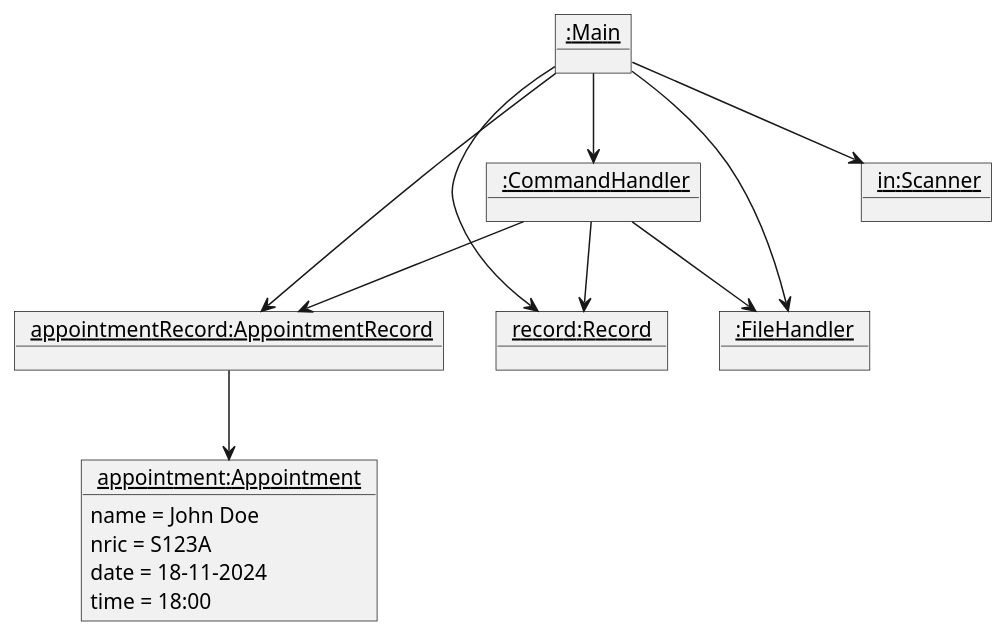
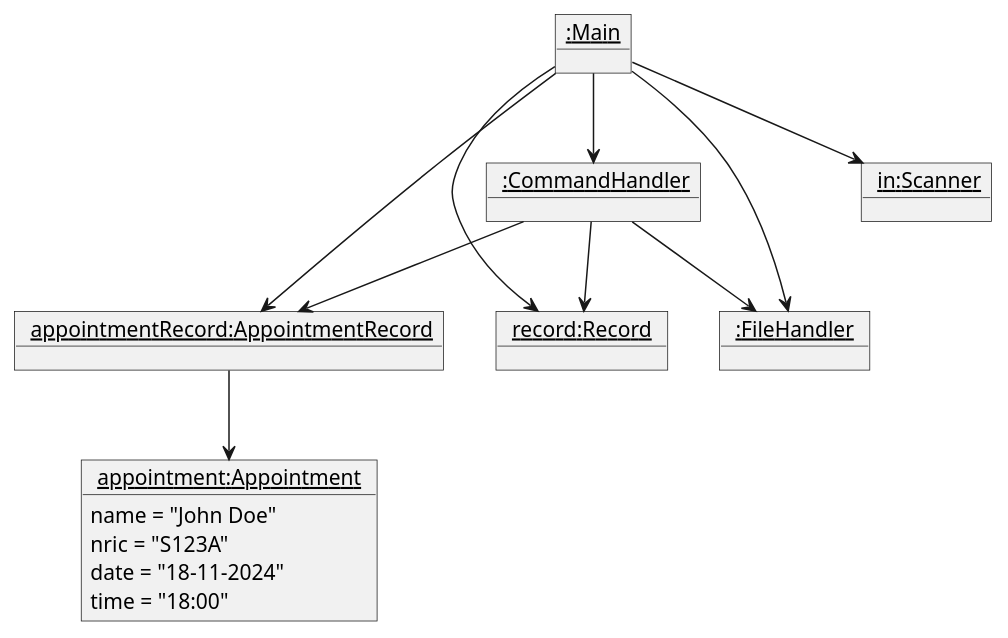
One commit to yentheng0110/tp changed the diagram in docs/AfterAppointment.puml. Above: the diagram before and after it, drawn with PlantUML. The commit also changed 4 other files, not shown here.

```diff
--- a/docs/AfterAppointment.puml
+++ b/docs/AfterAppointment.puml
@@ -1,27 +1,27 @@
 @startuml
 'https://plantuml.com/object-diagram
 
 object "<u>:Main</u>" as Main
 object "<u> :CommandHandler</u>" as CommandHandler
 object "<u> in:Scanner</u>" as Scanner
 object "<u> appointment:Appointment </u>" as Appointment {
-name = John Doe
-nric = S123A
-date = 18-11-2024
-time = 18:00
+name = "John Doe"
+nric = "S123A"
+date = "18-11-2024"
+time = "18:00"
 }
 object "<u> appointmentRecord:AppointmentRecord</u>" as AppointmentRecord
 object "<u> record:Record </u>" as Record
 object "<u> :FileHandler </u>" as FileHandler
 
 Main --> Record
 Main --> AppointmentRecord
 Main --> FileHandler
 Main --> CommandHandler
 Main --> Scanner
 CommandHandler --> FileHandler
 CommandHandler --> AppointmentRecord
 CommandHandler --> Record
 AppointmentRecord --> Appointment
 
 @enduml
```
